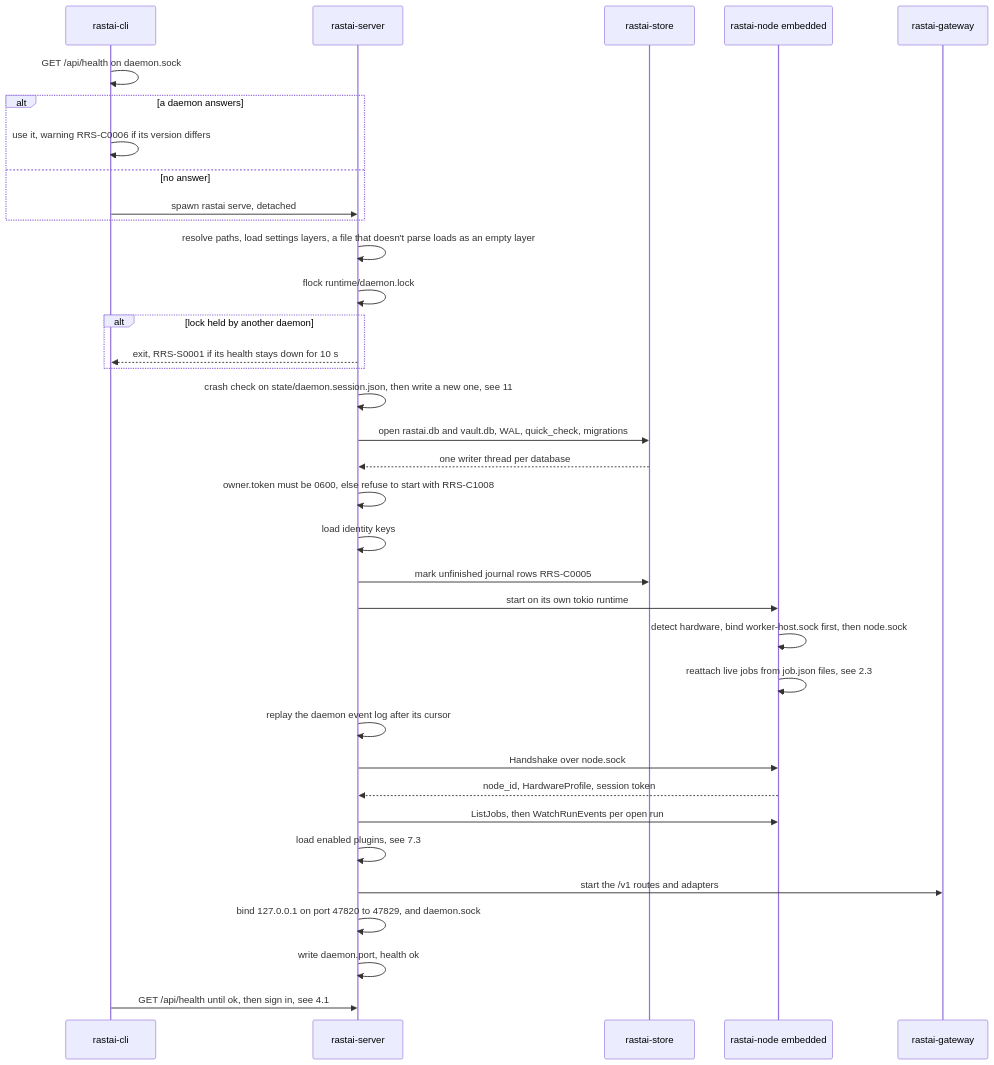
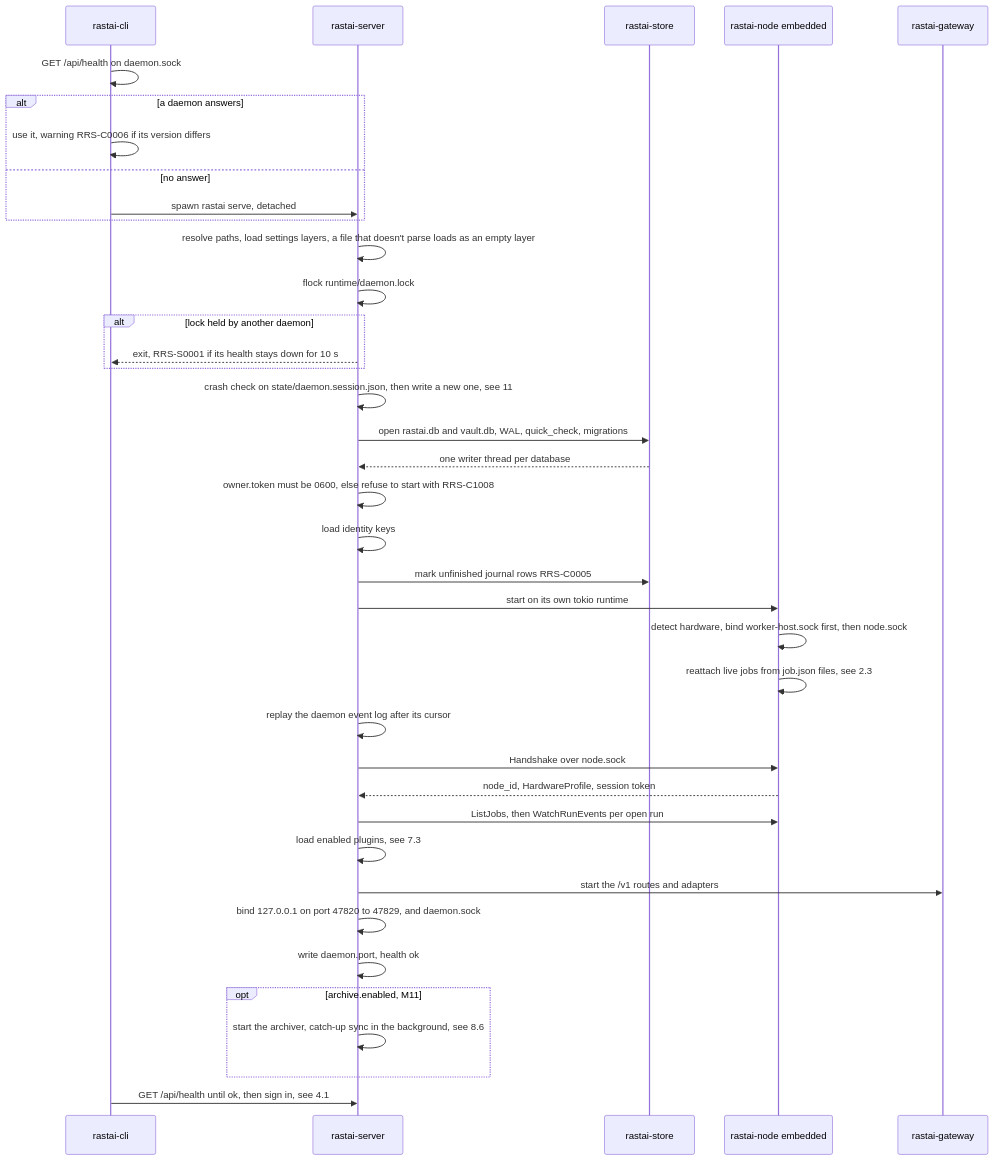
Before and after one commit to Snubiss/RASTAI-Research-Studio: the eighth of 55 diagrams in docs/architecture/flows/platform.md, drawn with Mermaid. The commit also changed other lines of this file and 44 other files, not shown here.

````diff
--- a/docs/architecture/flows/platform.md
+++ b/docs/architecture/flows/platform.md
@@ -364,37 +375,40 @@
 ```mermaid
 sequenceDiagram
   participant CLI as rastai-cli
   participant SRV as rastai-server
   participant STO as rastai-store
   participant ND as rastai-node embedded
   participant GW as rastai-gateway
   CLI->>CLI: GET /api/health on daemon.sock
   alt a daemon answers
     CLI->>CLI: use it, warning RRS-C0006 if its version differs
   else no answer
     CLI->>SRV: spawn rastai serve, detached
   end
   SRV->>SRV: resolve paths, load settings layers, a file that doesn't parse loads as an empty layer
   SRV->>SRV: flock runtime/daemon.lock
   alt lock held by another daemon
     SRV-->>CLI: exit, RRS-S0001 if its health stays down for 10 s
   end
   SRV->>SRV: crash check on state/daemon.session.json, then write a new one, see 11
   SRV->>STO: open rastai.db and vault.db, WAL, quick_check, migrations
   STO-->>SRV: one writer thread per database
   SRV->>SRV: owner.token must be 0600, else refuse to start with RRS-C1008
   SRV->>SRV: load identity keys
   SRV->>STO: mark unfinished journal rows RRS-C0005
   SRV->>ND: start on its own tokio runtime
   ND->>ND: detect hardware, bind worker-host.sock first, then node.sock
   ND->>ND: reattach live jobs from job.json files, see 2.3
   SRV->>SRV: replay the daemon event log after its cursor
   SRV->>ND: Handshake over node.sock
   ND-->>SRV: node_id, HardwareProfile, session token
   SRV->>ND: ListJobs, then WatchRunEvents per open run
   SRV->>SRV: load enabled plugins, see 7.3
   SRV->>GW: start the /v1 routes and adapters
   SRV->>SRV: bind 127.0.0.1 on port 47820 to 47829, and daemon.sock
   SRV->>SRV: write daemon.port, health ok
+  opt archive.enabled, M11
+    SRV->>SRV: start the archiver, catch-up sync in the background, see 8.6
+  end
   CLI->>SRV: GET /api/health until ok, then sign in, see 4.1
 ```
````
